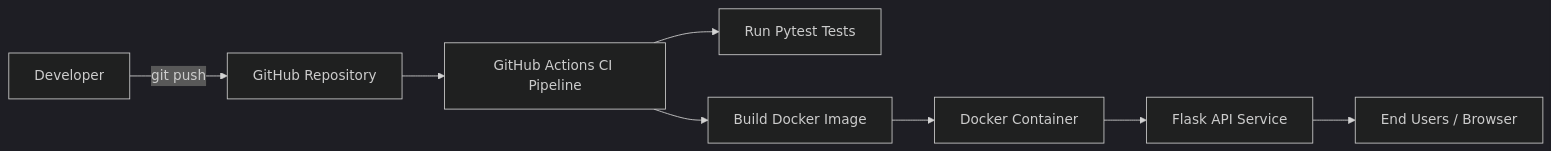
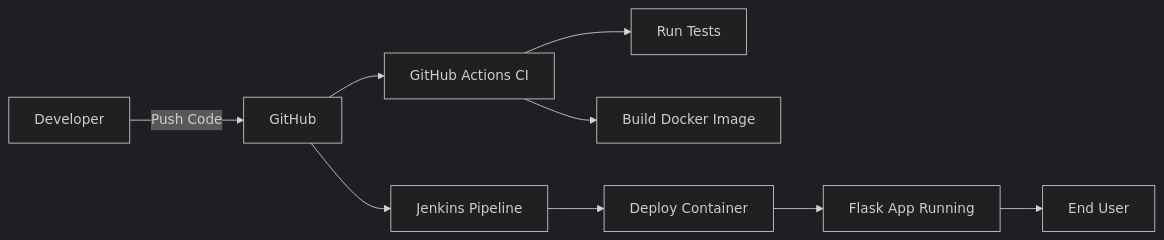
The diagram in README.md (2024TM93636/aceest-fitness-ci-cd), drawn with Mermaid (dark theme) before and after one commit. The commit also changed other lines of this file and 6 other files, not shown here.

````diff
--- a/README.md
+++ b/README.md
@@ -63,17 +212,15 @@
 ```mermaid
 flowchart LR
 
-Dev[Developer] -->|git push| GH[GitHub Repository]
+Dev[Developer] -->|Push Code| GH[GitHub]
 
-GH --> GA[GitHub Actions CI Pipeline]
+GH --> GA[GitHub Actions CI]
+GA --> Test[Run Tests]
+GA --> Build[Build Docker Image]
 
-GA --> T[Run Pytest Tests]
+GH --> Jenkins[Jenkins Pipeline]
+Jenkins --> Deploy[Deploy Container]
 
-GA --> D[Build Docker Image]
-
-D --> C[Docker Container]
-
-C --> API[Flask API Service]
-
-API --> U[End Users / Browser]
+Deploy --> App[Flask App Running]
+App --> User[End User]
 ```
````
